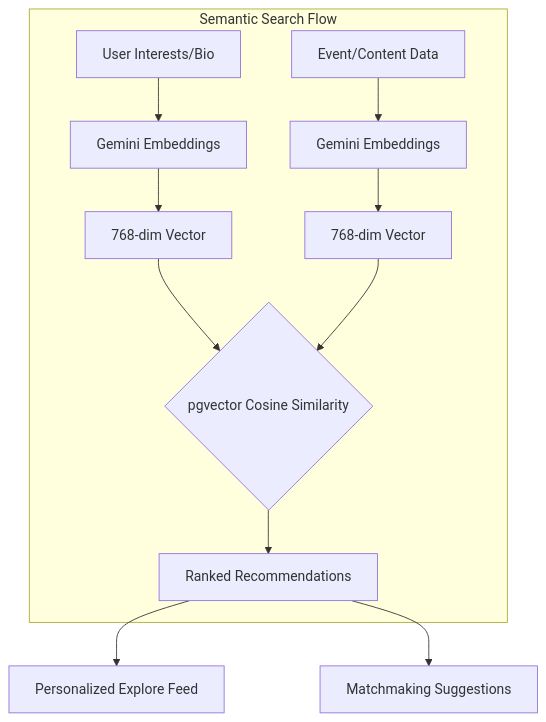
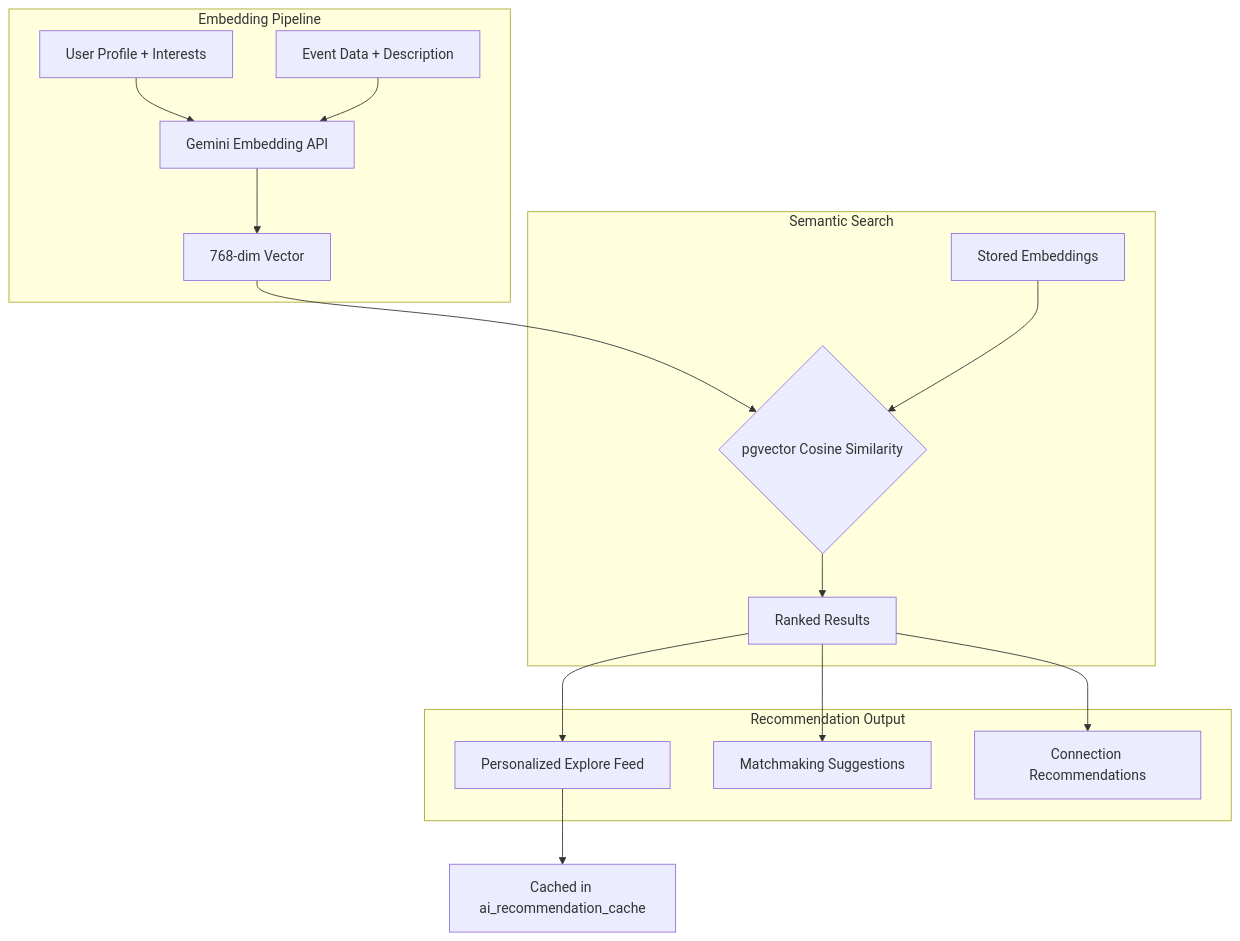
One commit to ArrinPaul/Eventra changed the sixth of 8 diagrams in README.md. Above: the diagram before and after it, drawn with Mermaid. The commit also changed other lines of this file and 3 other files, not shown here.

````diff
--- a/README.md
+++ b/README.md
@@ -84,13 +386,22 @@
 ```mermaid
 graph TD
-    subgraph Vector_Pipeline [Semantic Search Flow]
-        A[User Interests/Bio] --> B[Gemini Embeddings]
-        B --> C[768-dim Vector]
-        D[Event/Content Data] --> E[Gemini Embeddings]
-        E --> F[768-dim Vector]
-        C & F --> G{pgvector Cosine Similarity}
-        G --> H[Ranked Recommendations]
+    subgraph Embedding["Embedding Pipeline"]
+        A["User Profile + Interests"] --> B["Gemini Embedding API"]
+        C["Event Data + Description"] --> B
+        B --> D["768-dim Vector"]
     end
-    H --> I[Personalized Explore Feed]
-    H --> J[Matchmaking Suggestions]
+
+    subgraph Search["Semantic Search"]
+        D --> E{"pgvector Cosine Similarity"}
+        F["Stored Embeddings"] --> E
+        E --> G["Ranked Results"]
+    end
+
+    subgraph Output["Recommendation Output"]
+        G --> H["Personalized Explore Feed"]
+        G --> I["Matchmaking Suggestions"]
+        G --> J["Connection Recommendations"]
+    end
+
+    H --> K["Cached in ai_recommendation_cache"]
 ```
````
